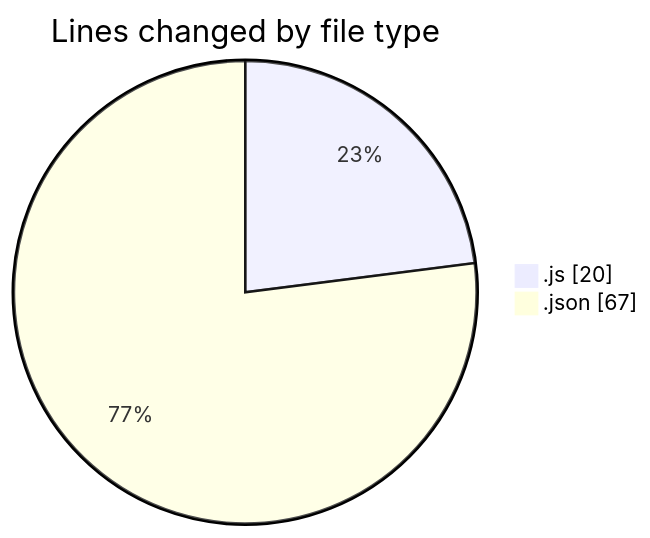
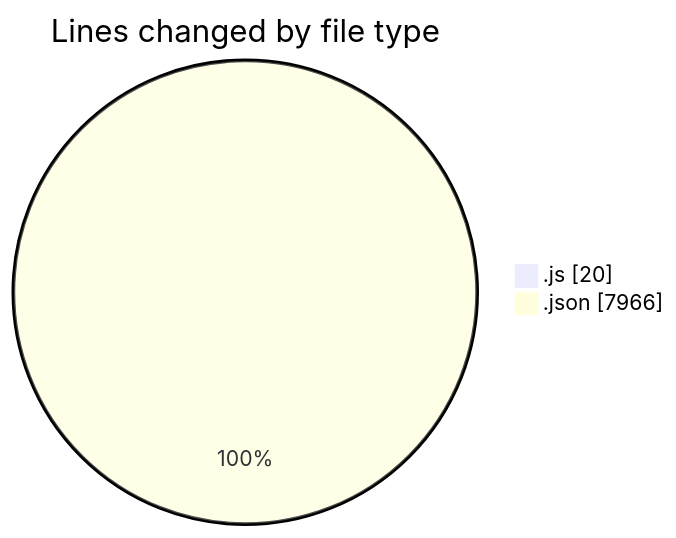
One commit to momahboobian/code-tracking changed the first of 2 diagrams in 2025-01-11/good-pr/README.md. Above: the diagram before and after it, drawn with Mermaid. The commit also changed other lines of this file and 1 other file, not shown here.

````diff
--- a/2025-01-11/good-pr/README.md
+++ b/2025-01-11/good-pr/README.md
@@ -21,6 +23,6 @@
 ```mermaid
 pie showData
 title Lines changed by file type
 ".js" : 20
-".json" : 67
+".json" : 7966
 ```
````
